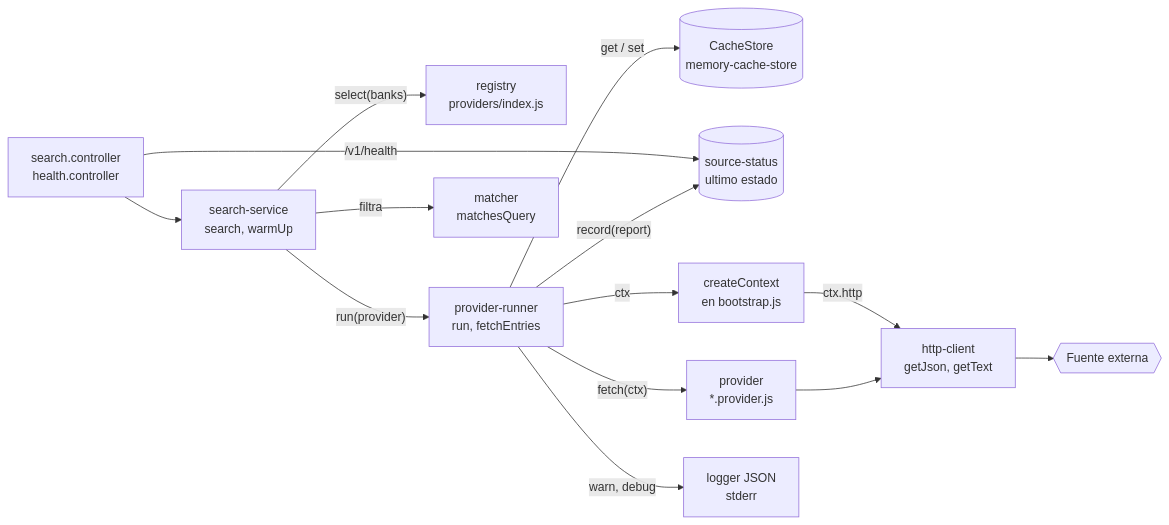
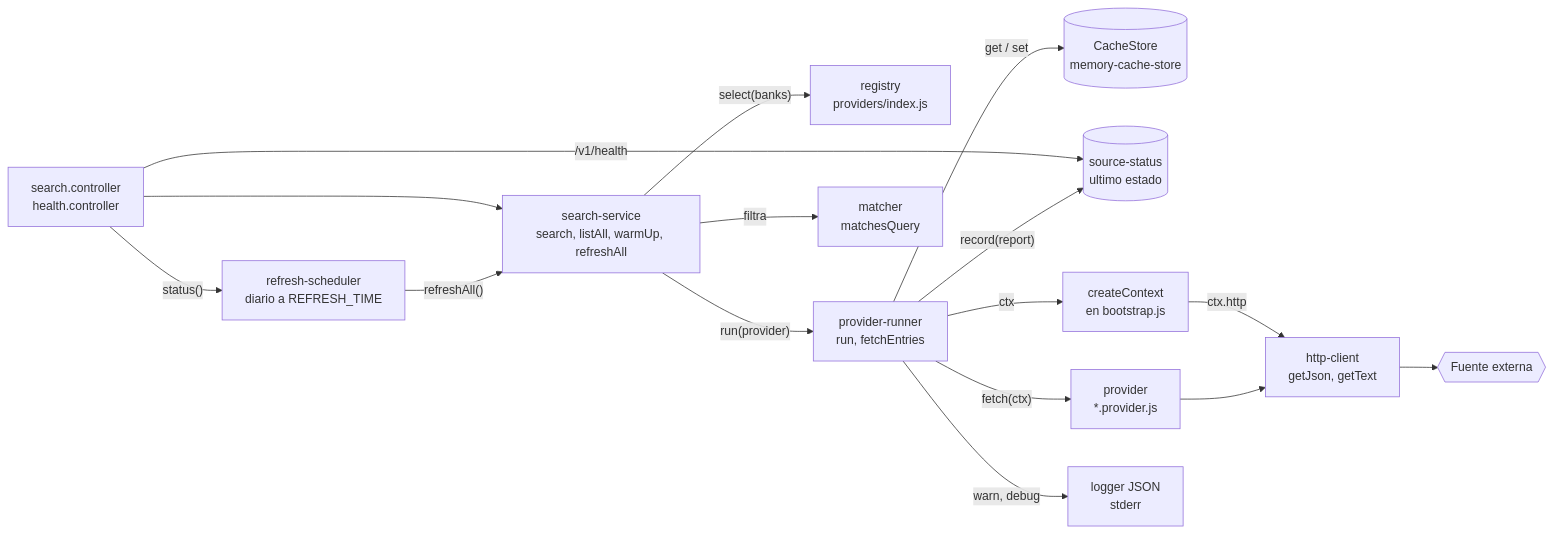
The diagram in docs/arquitectura/03-componentes.md (sebcld/benefits-aggregator-cl), drawn with Mermaid before and after one commit. The commit also changed other lines of this file and 9 other files, not shown here.

````diff
--- a/docs/arquitectura/03-componentes.md
+++ b/docs/arquitectura/03-componentes.md
@@ -5,28 +5,31 @@
 ```mermaid
 flowchart LR
   controller["search.controller<br/>health.controller"]
-  search["search-service<br/>search, warmUp"]
+  search["search-service<br/>search, listAll, warmUp, refreshAll"]
+  scheduler["refresh-scheduler<br/>diario a REFRESH_TIME"]
   registry["registry<br/>providers/index.js"]
   runner["provider-runner<br/>run, fetchEntries"]
   matcher["matcher<br/>matchesQuery"]
   cache[("CacheStore<br/>memory-cache-store")]
   status[("source-status<br/>ultimo estado")]
   context["createContext<br/>en bootstrap.js"]
   provider["provider<br/>*.provider.js"]
   http["http-client<br/>getJson, getText"]
   logger["logger JSON<br/>stderr"]
   fuente{{"Fuente externa"}}
 
   controller --> search
   controller -->|"/v1/health"| status
+  controller -->|"status()"| scheduler
+  scheduler -->|"refreshAll()"| search
   search -->|"select(banks)"| registry
   search -->|"run(provider)"| runner
   search -->|"filtra"| matcher
   runner -->|"get / set"| cache
   runner -->|"record(report)"| status
   runner -->|"ctx"| context
   runner -->|"warn, debug"| logger
   context -->|"ctx.http"| http
   runner -->|"fetch(ctx)"| provider
   provider --> http --> fuente
 ```
````
